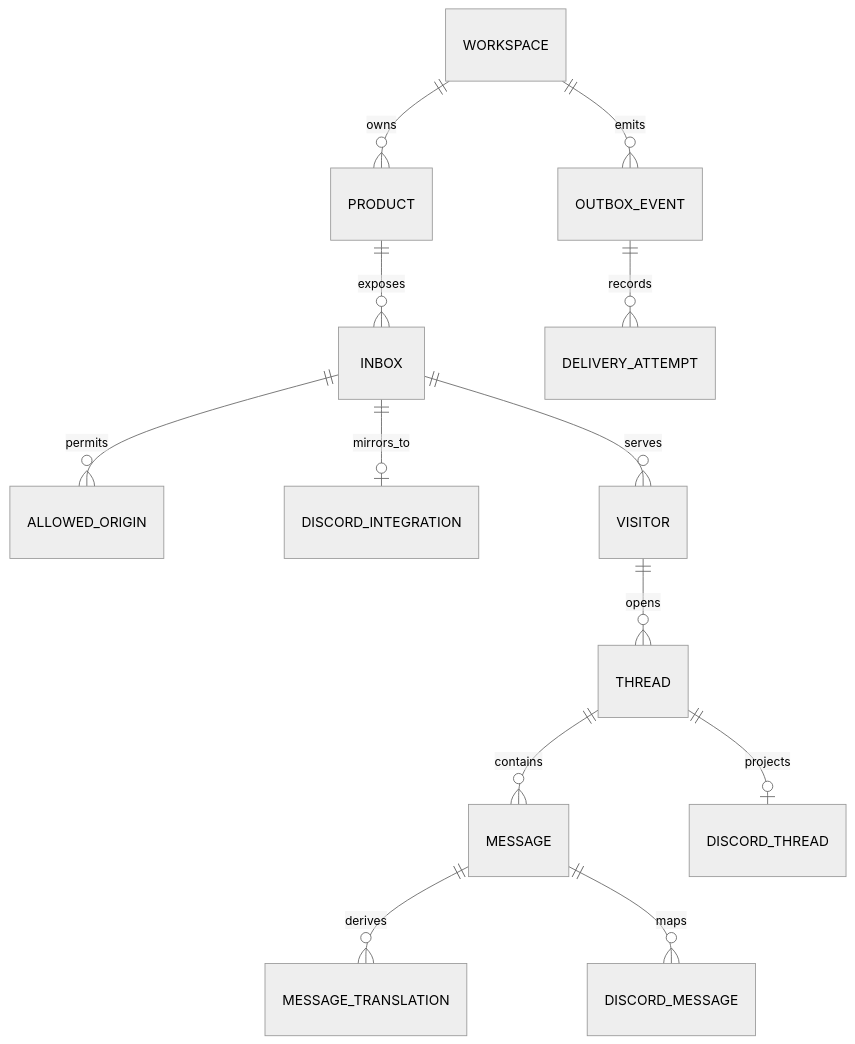
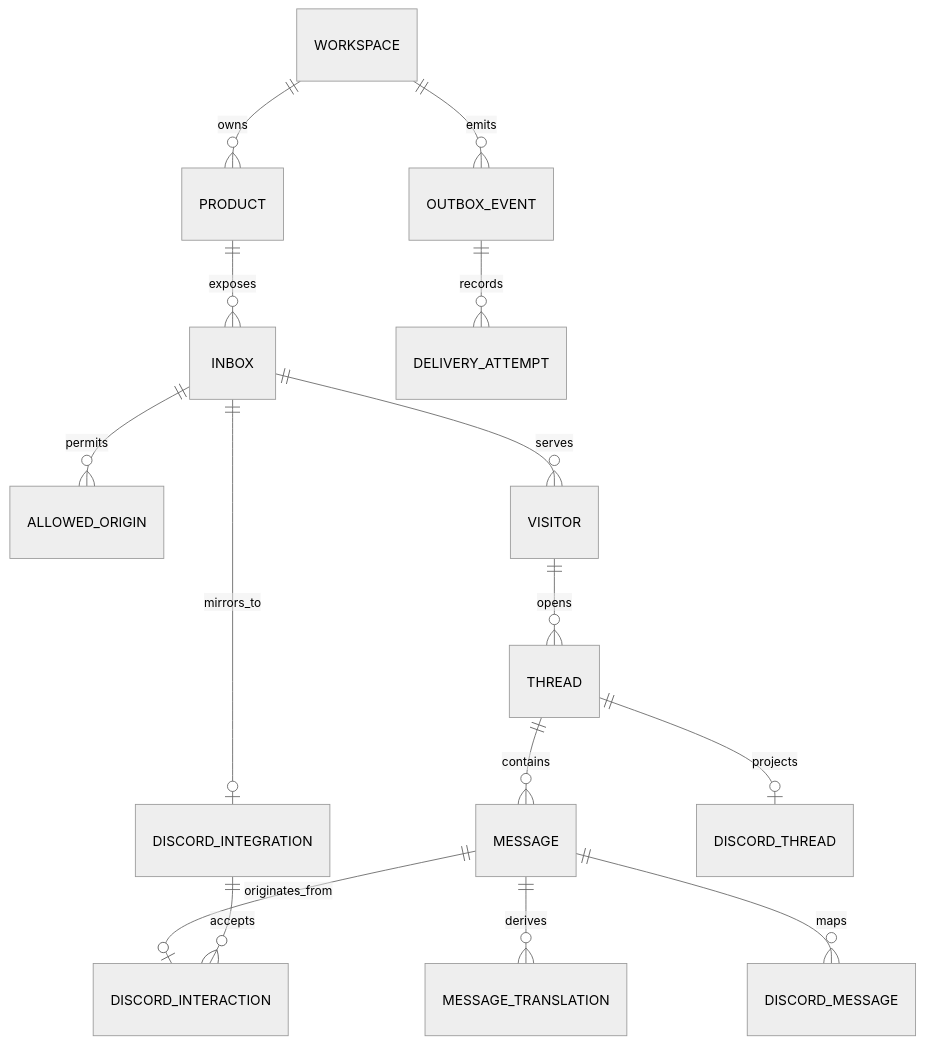
The third of 3 diagrams in docs/architecture/base-v1.md (xanthous-tech/RespondKit), drawn with Mermaid (neutral theme) before and after one commit. The commit also changed other lines of this file, not shown here.

Commit message:
docs: replace Discord gateway with interactions

````diff
--- a/docs/architecture/base-v1.md
+++ b/docs/architecture/base-v1.md
@@ -268,15 +292,17 @@
 ```mermaid
 erDiagram
   WORKSPACE ||--o{ PRODUCT : owns
   PRODUCT ||--o{ INBOX : exposes
   INBOX ||--o{ ALLOWED_ORIGIN : permits
   INBOX ||--o| DISCORD_INTEGRATION : mirrors_to
   INBOX ||--o{ VISITOR : serves
   VISITOR ||--o{ THREAD : opens
   THREAD ||--o{ MESSAGE : contains
   MESSAGE ||--o{ MESSAGE_TRANSLATION : derives
   THREAD ||--o| DISCORD_THREAD : projects
   MESSAGE ||--o{ DISCORD_MESSAGE : maps
+  MESSAGE ||--o| DISCORD_INTERACTION : originates_from
+  DISCORD_INTEGRATION ||--o{ DISCORD_INTERACTION : accepts
   WORKSPACE ||--o{ OUTBOX_EVENT : emits
   OUTBOX_EVENT ||--o{ DELIVERY_ATTEMPT : records
 ```
````
